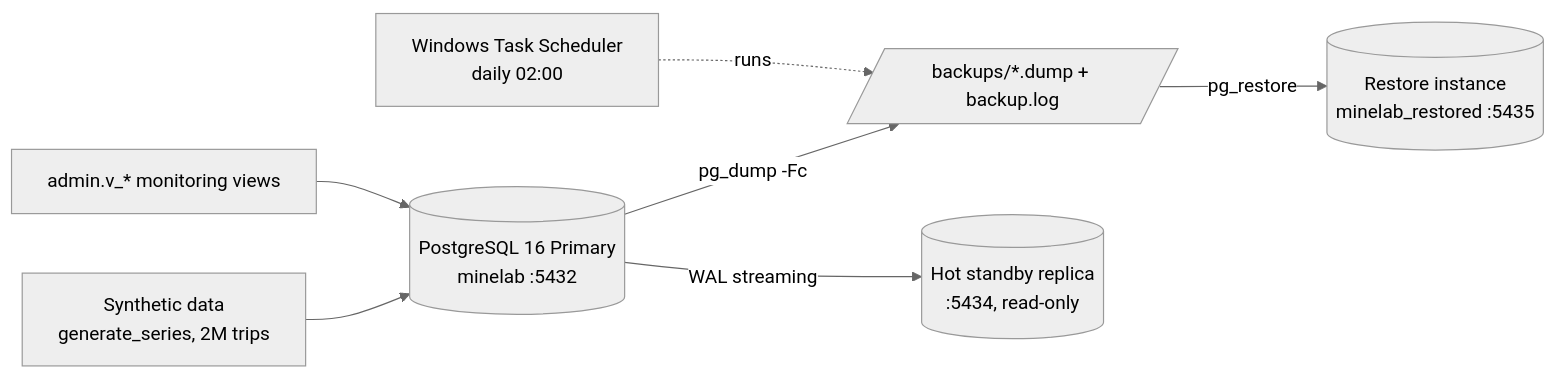
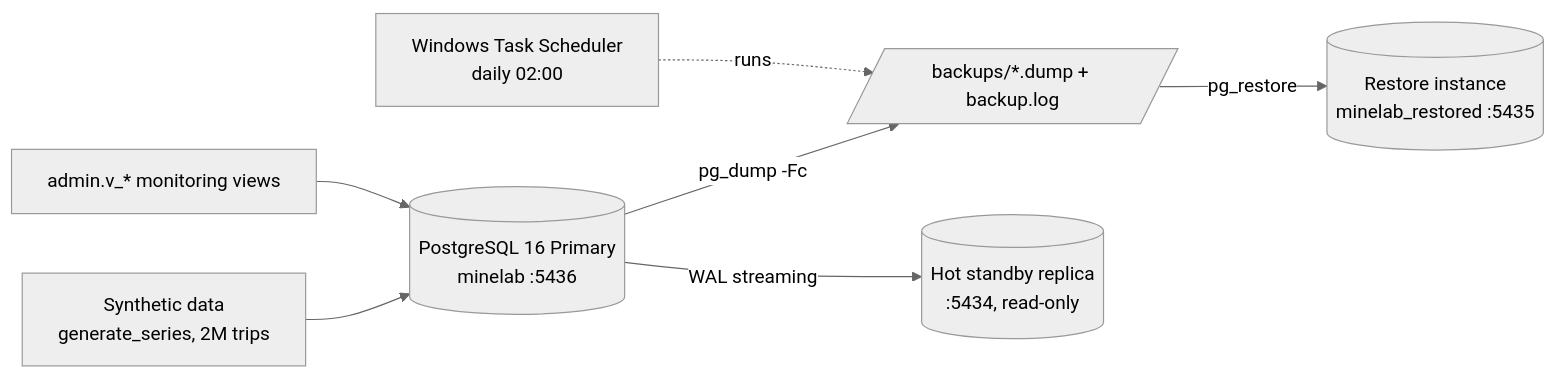
The diagram in README.md (hanifmulyazam-hub/postgresql-production-dba-lab), drawn with Mermaid (neutral theme) before and after one commit. The commit also changed other lines of this file and 2 other files, not shown here.

Commit message:
Move primary host port to 5436 (local Windows Postgres already uses 5432)

````diff
--- a/README.md
+++ b/README.md
@@ -8,9 +8,9 @@
 ```mermaid
 flowchart LR
-  G[Synthetic data<br/>generate_series, 2M trips] --> P[(PostgreSQL 16 Primary<br/>minelab :5432)]
+  G[Synthetic data<br/>generate_series, 2M trips] --> P[(PostgreSQL 16 Primary<br/>minelab :5436)]
   P -- pg_dump -Fc --> B[/backups/*.dump + backup.log/]
   B -- pg_restore --> R[(Restore instance<br/>minelab_restored :5435)]
   S[Windows Task Scheduler<br/>daily 02:00] -. runs .-> B
   P -- WAL streaming --> RP[(Hot standby replica<br/>:5434, read-only)]
   M[admin.v_* monitoring views] --> P
 ```
````
